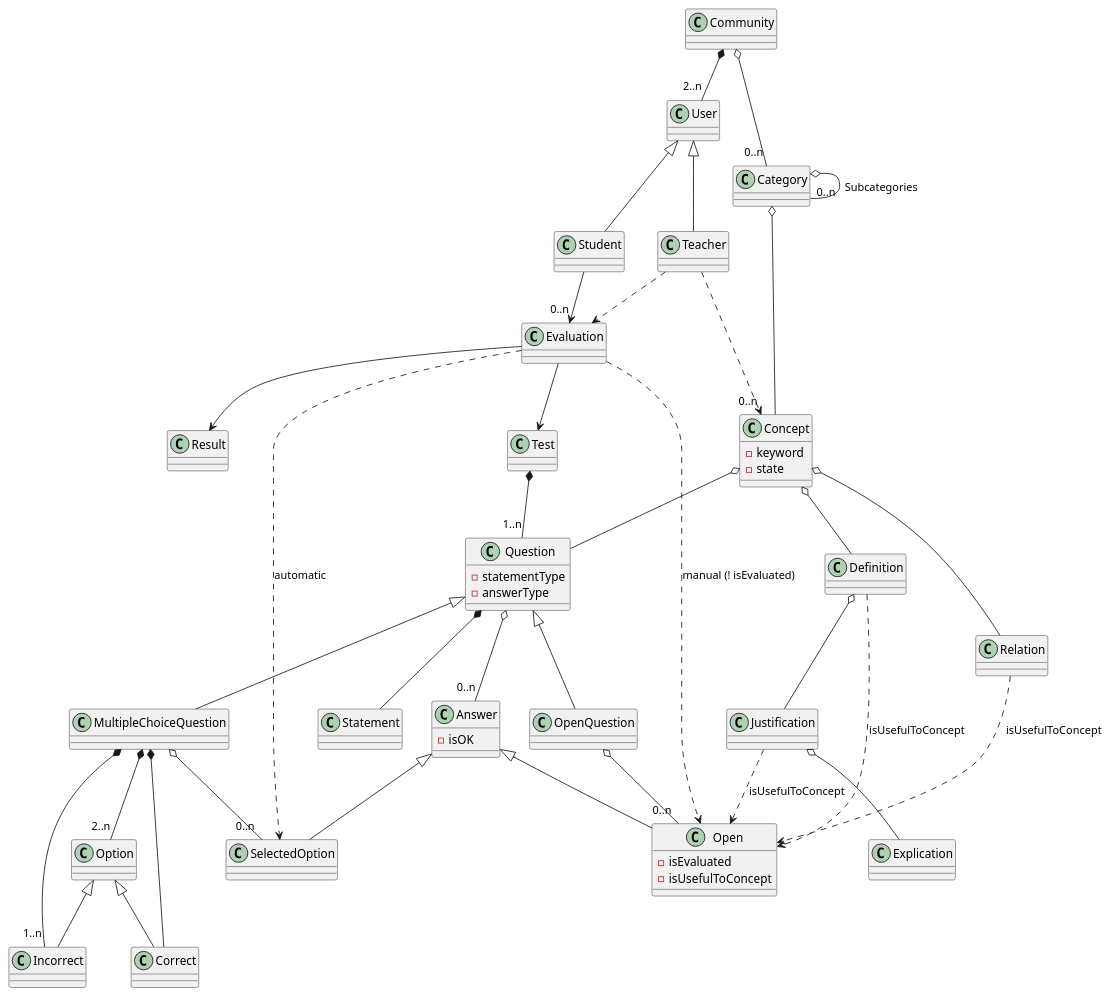
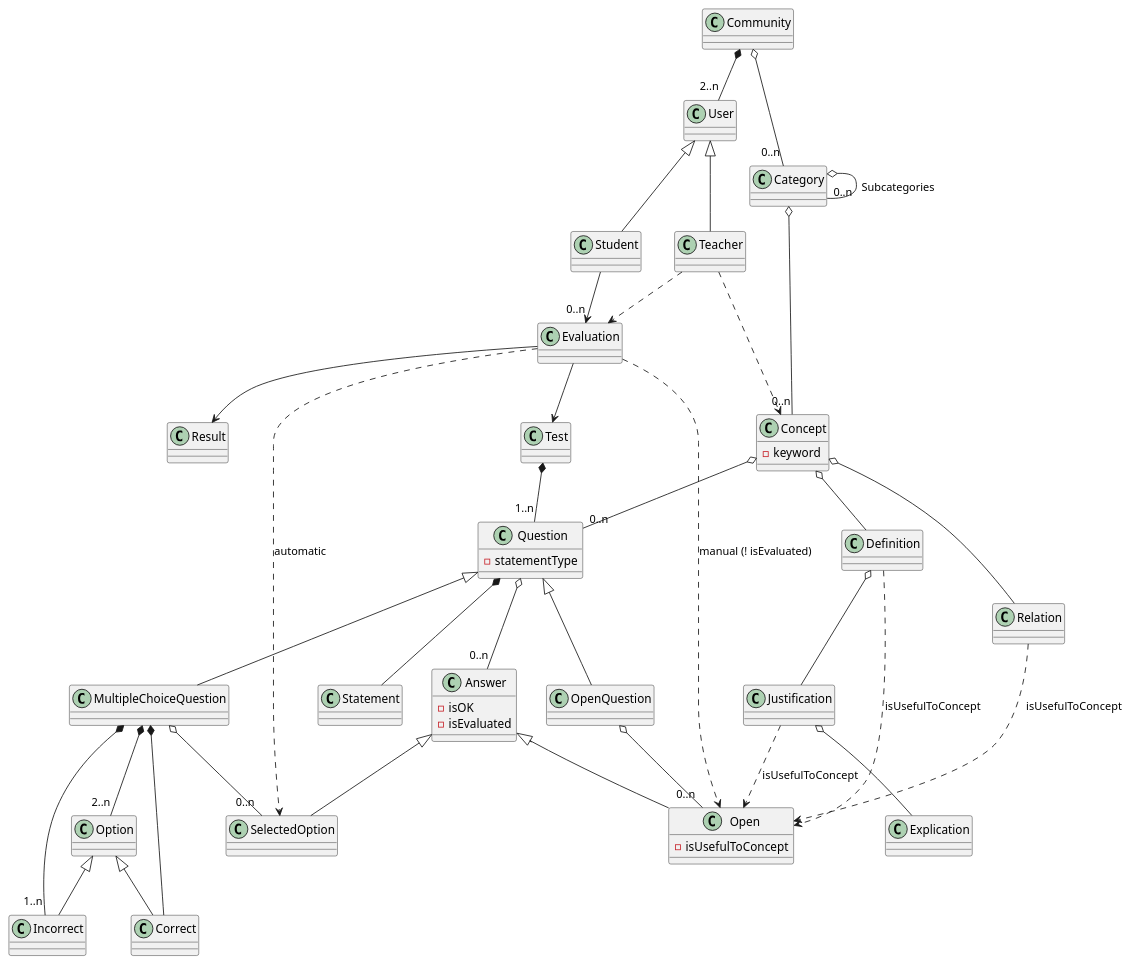
One commit to Joselon/ProyectoOpoTest changed the diagram in doc/dominio_clases.puml. Above: the diagram before and after it, drawn with PlantUML. The commit also changed 3 other files, not shown here.

```diff
--- a/doc/dominio_clases.puml
+++ b/doc/dominio_clases.puml
@@ -1,99 +1,97 @@
 @startuml OpoTestDomain
 
 class Community
 
 class User
 
 class Teacher
 
 class Student
 
 class Evaluation
 
 class Result
 
 class Category 
 
 class Test 
 
 class Concept {
     - keyword
-    - state
 }
 
 class Question {
     - statementType
-    - answerType
 }
 
 class Statement
 
 class Answer {
     - isOK
+    - isEvaluated
 }
 
 class MultipleChoiceQuestion
 
 class OpenQuestion
 
 class Option
 
 class Correct
 
 Class Incorrect
 
 class Open {
-    - isEvaluated
     - isUsefulToConcept
 }
 
 Class SelectedOption
 
 
 Community *--"2..n" User
 Community o--"0..n" Category
 
 Category o--"0..n" Category : Subcategories
 
 User <|-- Teacher
 User <|-- Student
 
-Teacher ..>"0..n" Concept
-Category o-- Concept
+Teacher ..> Concept
+Category o--"0..n" Concept
 'Concept --o Category
-Concept o-- Question
+Concept o--"0..n" Question
 'Question --o Concept
 Concept o-- Definition
 Definition o-- Justification
 Justification o-- Explication
 Concept o-- Relation
 
 Student -->"0..n" Evaluation
 Evaluation --> Test
 Evaluation --> Result
 
 Teacher ..> Evaluation
 Definition ..> Open :isUsefulToConcept
 Justification ..> Open :isUsefulToConcept
 Relation ..> Open :isUsefulToConcept
 
 Evaluation ..> Open : manual (! isEvaluated)
 Evaluation ..> SelectedOption : automatic
 
 Test *--"1..n" Question
 Question <|-- MultipleChoiceQuestion
 Question <|-- OpenQuestion
 Question *--   Statement
 MultipleChoiceQuestion *--"2..n" Option
 Option <|-- Incorrect
 Option <|-- Correct
 MultipleChoiceQuestion *-- Correct
 MultipleChoiceQuestion *--"1..n" Incorrect
 MultipleChoiceQuestion o--"0..n" SelectedOption
 OpenQuestion o--"0..n" Open
 Question o--"0..n" Answer
 Answer <|-- Open
 Answer <|-- SelectedOption
 
 
 @enduml
```
